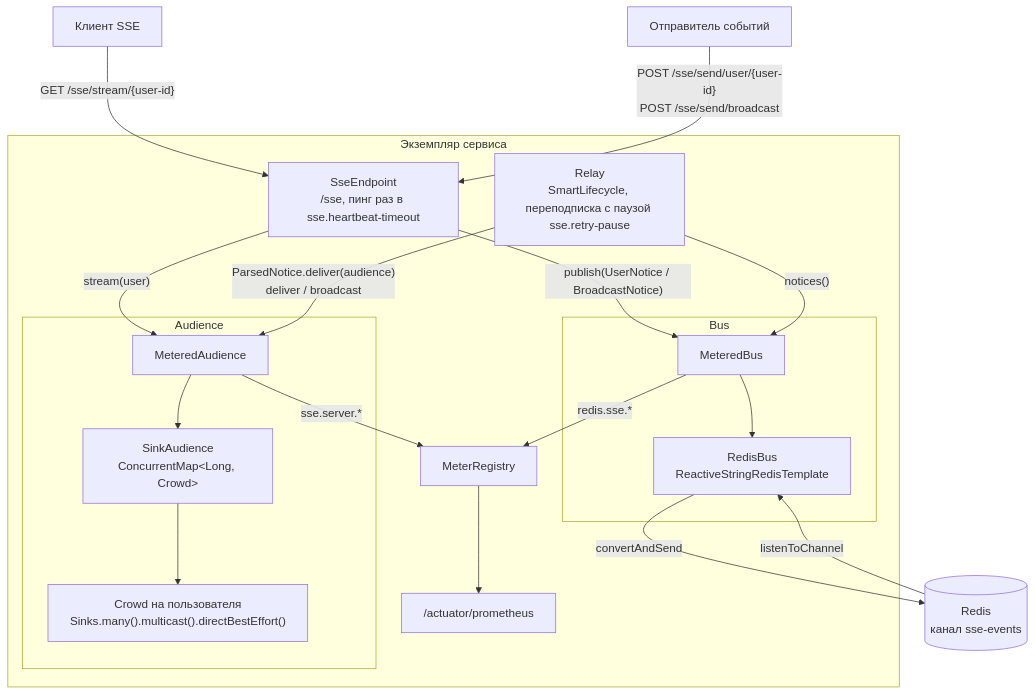
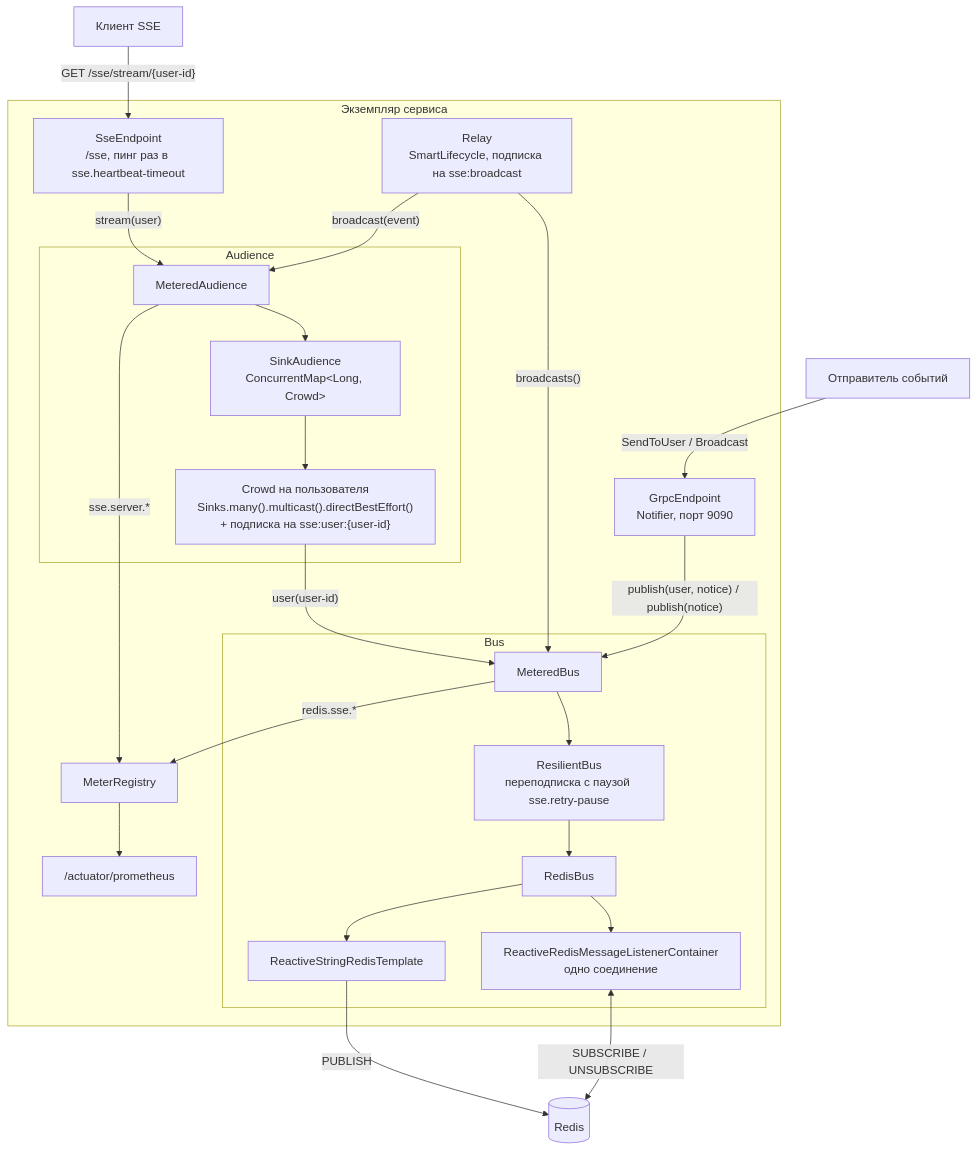
The third of 3 diagrams in 30-spring-sse/ARCHITECTURE.md (BasePractice/SprBut), drawn with Mermaid before and after one commit. The commit also changed other lines of this file and 42 other files, not shown here.

First line of the commit message:
Часть 30: личные каналы Redis на пользователя и отправка по gRPC

````diff
--- a/30-spring-sse/ARCHITECTURE.md
+++ b/30-spring-sse/ARCHITECTURE.md
@@ -50,45 +87,53 @@
 ```mermaid
 flowchart TB
     browser["Клиент SSE"]
     sender["Отправитель событий"]
-    redis[("Redis<br/>канал sse-events")]
+    redis[("Redis")]
 
     subgraph instance["Экземпляр сервиса"]
         endpoint["SseEndpoint<br/>/sse, пинг раз в sse.heartbeat-timeout"]
+        grpc["GrpcEndpoint<br/>Notifier, порт 9090"]
 
         subgraph audience["Audience"]
             metered_audience["MeteredAudience"]
             sink_audience["SinkAudience<br/>ConcurrentMap&lt;Long, Crowd&gt;"]
-            crowd["Crowd на пользователя<br/>Sinks.many().multicast().directBestEffort()"]
+            crowd["Crowd на пользователя<br/>Sinks.many().multicast().directBestEffort()<br/>+ подписка на sse:user:{user-id}"]
         end
 
         subgraph bus["Bus"]
             metered_bus["MeteredBus"]
-            redis_bus["RedisBus<br/>ReactiveStringRedisTemplate"]
+            resilient_bus["ResilientBus<br/>переподписка с паузой sse.retry-pause"]
+            redis_bus["RedisBus"]
+            container["ReactiveRedisMessageListenerContainer<br/>одно соединение"]
+            template["ReactiveStringRedisTemplate"]
         end
 
-        relay["Relay<br/>SmartLifecycle, переподписка с паузой sse.retry-pause"]
+        relay["Relay<br/>SmartLifecycle, подписка на sse:broadcast"]
         registry["MeterRegistry"]
         actuator["/actuator/prometheus"]
     end
 
     browser -->|"GET /sse/stream/{user-id}"| endpoint
-    sender -->|"POST /sse/send/user/{user-id}<br/>POST /sse/send/broadcast"| endpoint
+    sender -->|"SendToUser / Broadcast"| grpc
 
     endpoint -->|"stream(user)"| metered_audience
-    endpoint -->|"publish(UserNotice / BroadcastNotice)"| metered_bus
+    grpc -->|"publish(user, notice) / publish(notice)"| metered_bus
 
     metered_audience --> sink_audience
     sink_audience --> crowd
+    crowd -->|"user(user-id)"| metered_bus
 
-    metered_bus --> redis_bus
-    redis_bus -->|"convertAndSend"| redis
-    redis -->|"listenToChannel"| redis_bus
+    metered_bus --> resilient_bus
+    resilient_bus --> redis_bus
+    redis_bus --> container
+    redis_bus --> template
+    template -->|"PUBLISH"| redis
+    container <-->|"SUBSCRIBE / UNSUBSCRIBE"| redis
 
-    relay -->|"notices()"| metered_bus
-    relay -->|"ParsedNotice.deliver(audience)<br/>deliver / broadcast"| metered_audience
+    relay -->|"broadcasts()"| metered_bus
+    relay -->|"broadcast(event)"| metered_audience
 
     metered_audience -->|"sse.server.*"| registry
     metered_bus -->|"redis.sse.*"| registry
     registry --> actuator
 ```
````
